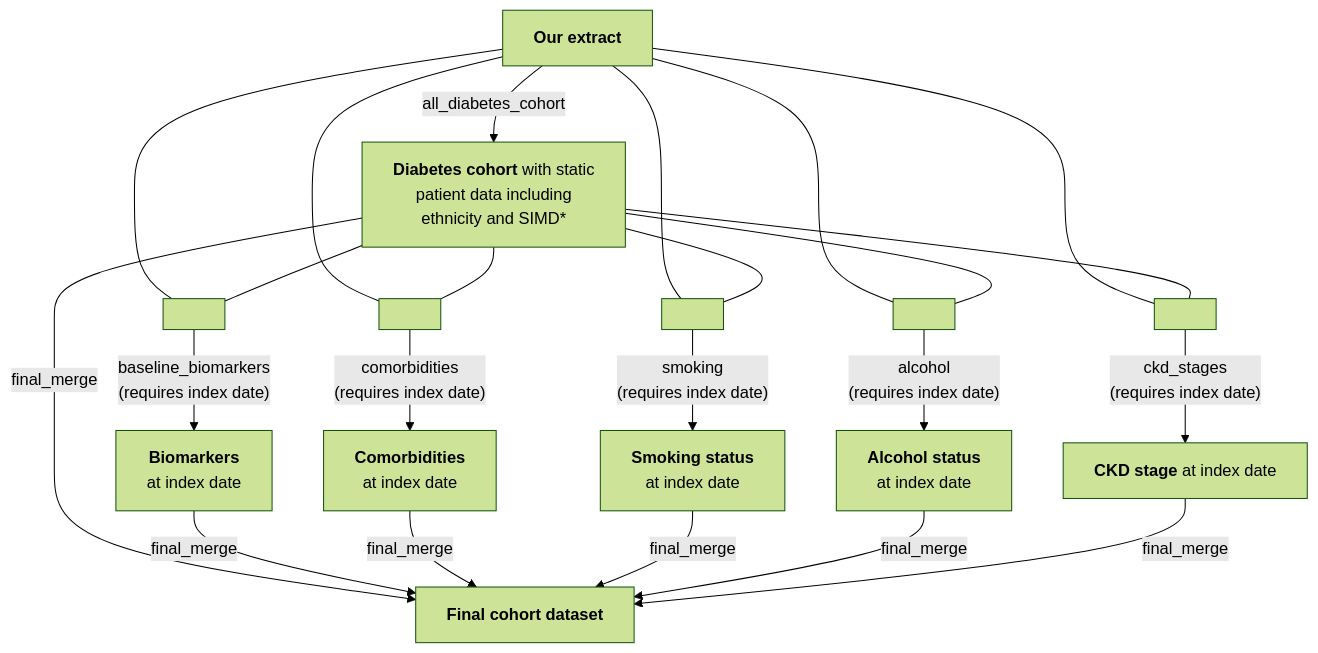
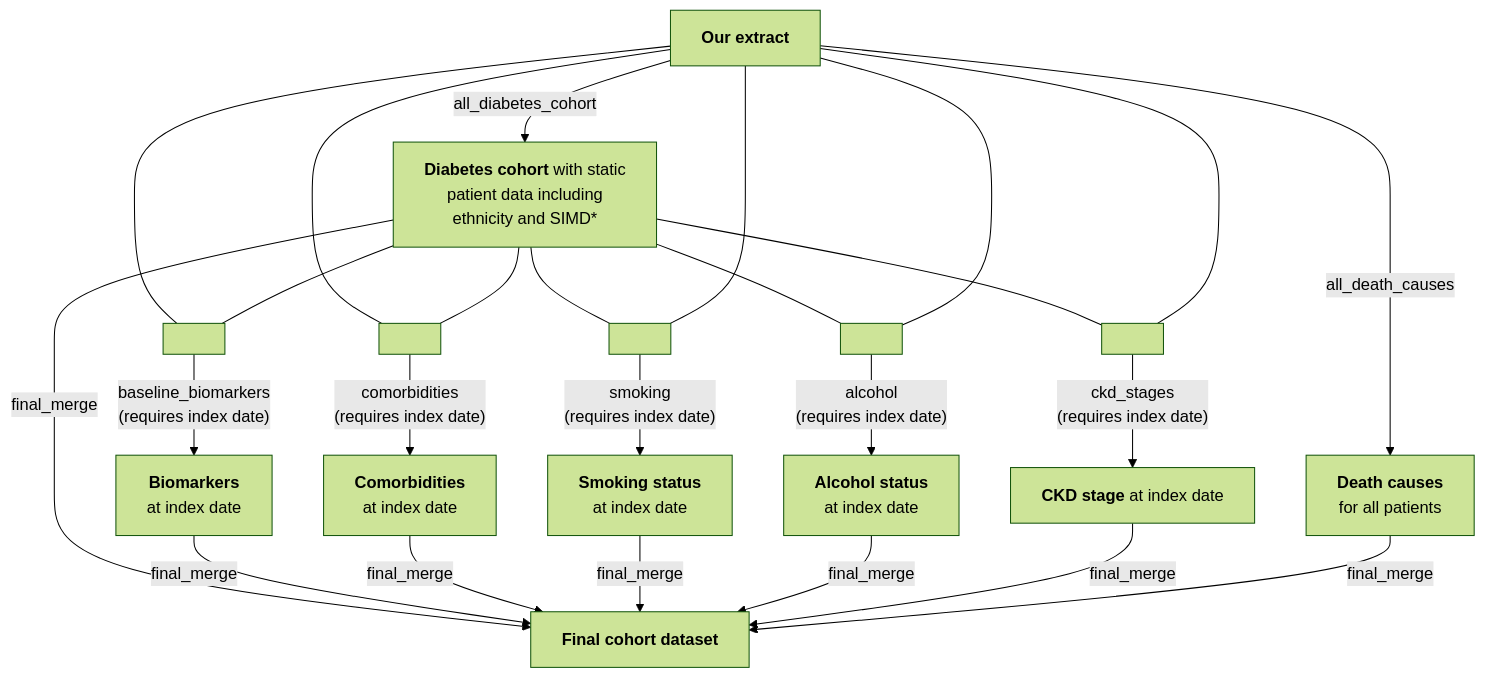
The diagram in 01-At-diagnosis/README.md (Exeter-Diabetes/SDRN-Cohort-Scripts), drawn with Mermaid (forest theme) before and after one commit. The commit also changed 6 other files, not shown here.

````diff
--- a/01-At-diagnosis/README.md
+++ b/01-At-diagnosis/README.md
@@ -12,31 +12,33 @@
 ```mermaid
 graph TD;
     A["<b>Our extract</b>"] --> |"all_diabetes_cohort"| B["<b>Diabetes cohort</b> with static <br> patient data including <br> ethnicity and SIMD*"]
     A---C[ ]:::empty
     B---C
     C --> |"baseline_biomarkers <br> (requires index date)"| J["<b>Biomarkers</b> <br> at index date"]
     
     A---D[ ]:::empty
     B---D
     D --> |"comorbidities <br> (requires index date)"| K["<b>Comorbidities</b> <br> at index date"]
     
-    A---E[ ]:::empty
-    B---E[ ]
+    B---E[ ]:::empty
+    A---E[ ]
     E --> |"smoking <br> (requires index date)"| L["<b>Smoking status</b> <br> at index date"]
     
-    A---F[ ]:::empty
-    B---F[ ]
+    B---F[ ]:::empty
+    A---F[ ]
     F --> |"alcohol <br> (requires index date)"| M["<b>Alcohol status</b> <br> at index date"]
     
-    A---G[ ]:::empty
-    B---G[ ]
+    B---G[ ]:::empty
+    A---G[ ]
     G --> |"ckd_stages <br> (requires index date)"| N["<b>CKD stage</b <br> at index date"]
     
+    A --> |"all_death_causes"| O["<b>Death causes</b> <br> for all patients"]
     
     B --> |"final_merge"| I["<b>Final cohort dataset</b>"]
     J --> |"final_merge"| I
     K --> |"final_merge"| I
     L --> |"final_merge"| I
     M --> |"final_merge"| I
     N --> |"final_merge"| I
+    O --> |"final_merge"| I
 ```
````
